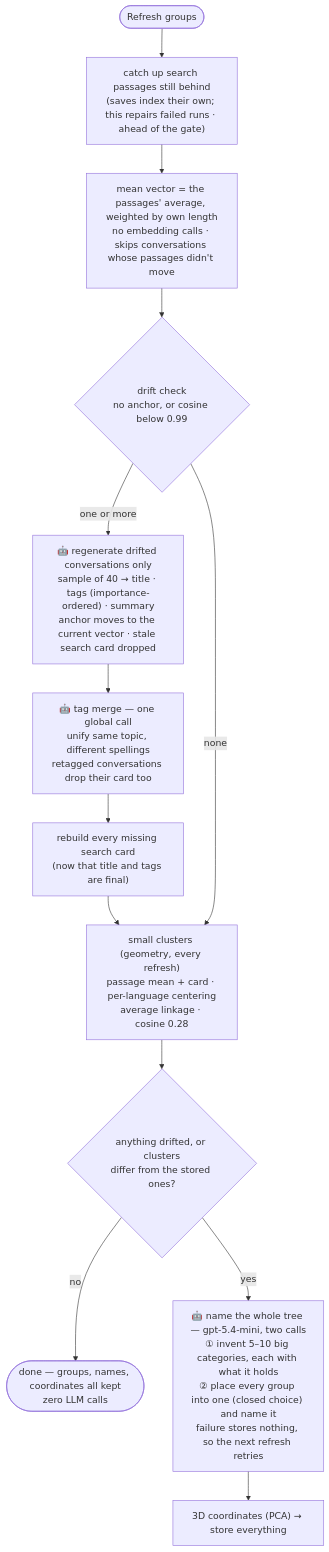
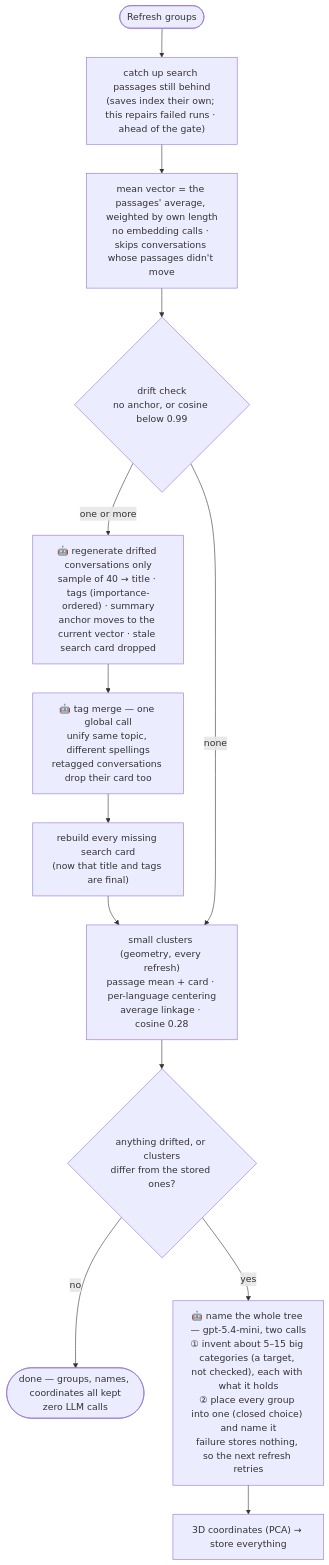
One commit to seung-gu/sgmcp changed the fourth of 4 diagrams in ARCHITECTURE.md. Above: the diagram before and after it, drawn with Mermaid. The commit also changed 2 other files, not shown here.

Commit message:
Give the big-category count as a target and say why naming failed
Refresh failed with "Exceeded maximum output retries (2)": every tree drawn
for the ~35 groups sat on the 5-10 ceiling, and one in three overshot it
three times running. The count is now only a target in the prompt (about
5-15) and no longer sends the model back; it still goes back, up to 4 times,
for a category list that is empty, text not in the archive language, or a
group left out.

When it does give up, the error now lists the messages it was sent back
with, and the dashboard logs it: the bare retry count said nothing about
which check to fix, and pydantic-ai's error, a RuntimeError, went to the
no-API-key branch that logged nothing.

````diff
--- a/ARCHITECTURE.md
+++ b/ARCHITECTURE.md
@@ -102,15 +102,15 @@
 ```mermaid
 flowchart TD
     S([Refresh groups]) --> C["catch up search passages still behind<br/>(saves index their own; this repairs failed runs · ahead of the gate)"]
     C --> E["mean vector = the passages' average, weighted by own length<br/>no embedding calls · skips conversations whose passages didn't move"]
     E --> G{"drift check<br/>no anchor, or cosine below 0.99"}
     G -- "one or more" --> M["🤖 regenerate drifted conversations only<br/>sample of 40 → title · tags (importance-ordered) · summary<br/>anchor moves to the current vector · stale search card dropped"]
     M --> T["🤖 tag merge — one global call<br/>unify same topic, different spellings<br/>retagged conversations drop their card too"]
     T --> RC["rebuild every missing search card<br/>(now that title and tags are final)"]
     RC --> K
     G -- "none" --> K["small clusters (geometry, every refresh)<br/>passage mean + card · per-language centering<br/>average linkage · cosine 0.28"]
     K --> CH{"anything drifted, or clusters<br/>differ from the stored ones?"}
     CH -- "no" --> X(["done — groups, names, coordinates all kept<br/>zero LLM calls"])
-    CH -- "yes" --> N["🤖 name the whole tree — gpt-5.4-mini, two calls<br/>① invent 5–10 big categories, each with what it holds<br/>② place every group into one (closed choice) and name it<br/>failure stores nothing, so the next refresh retries"]
+    CH -- "yes" --> N["🤖 name the whole tree — gpt-5.4-mini, two calls<br/>① invent about 5–15 big categories (a target, not checked), each with what it holds<br/>② place every group into one (closed choice) and name it<br/>failure stores nothing, so the next refresh retries"]
     N --> P["3D coordinates (PCA) → store everything"]
 ```
````
